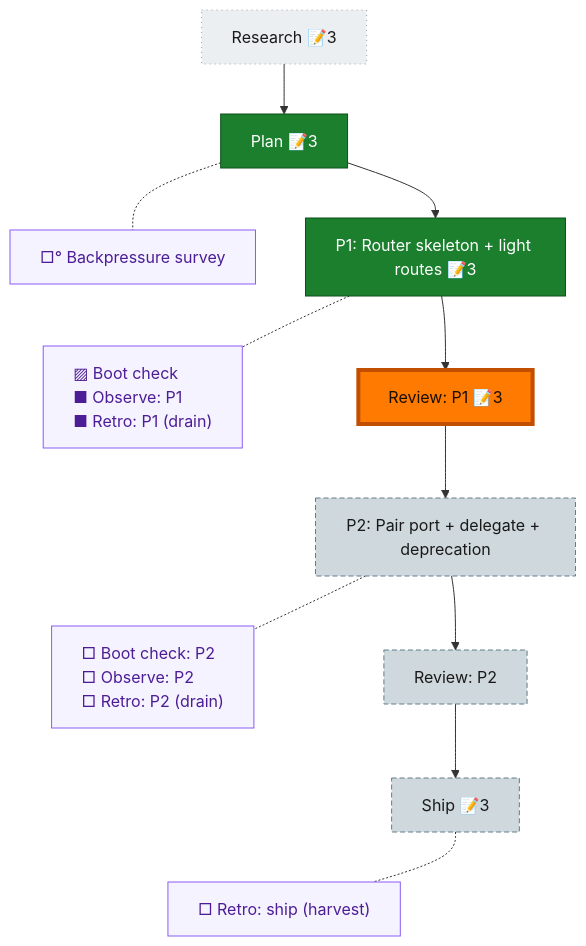
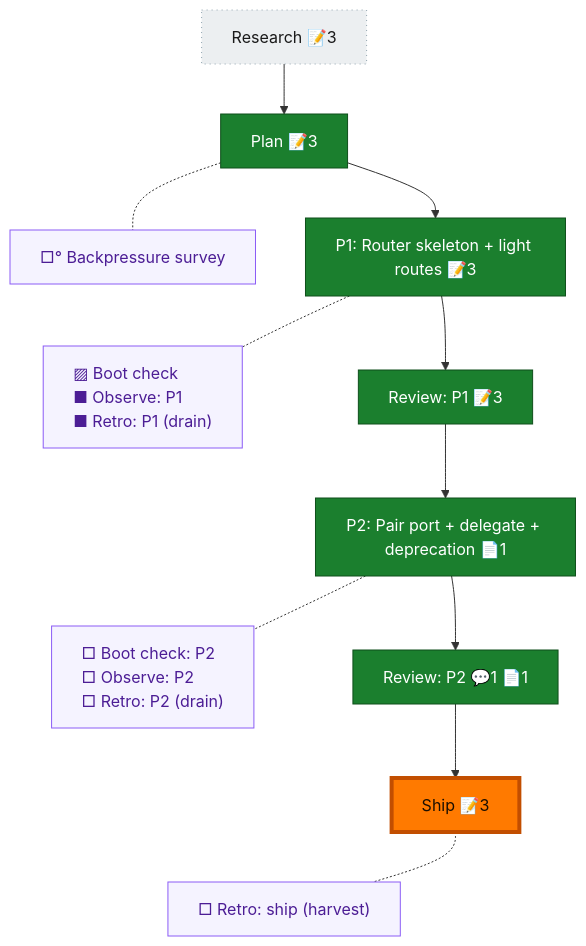
One commit to vaughanknight/pij changed the diagram in docs/plans/030-pij-router-skill/the-flow.md. Above: the diagram before and after it, drawn with Mermaid. The commit also changed other lines of this file and 7 other files, not shown here.

````diff
--- a/docs/plans/030-pij-router-skill/the-flow.md
+++ b/docs/plans/030-pij-router-skill/the-flow.md
@@ -8,33 +8,32 @@
 ```mermaid
 flowchart TD
     research["Research 📝3"]:::unknown
     plan["Plan 📝3"]:::done
     phase_1["P1: Router skeleton + light routes 📝3"]:::done
     review_1["Review: P1 📝3"]:::done
-    phase_2["P2: Pair port + delegate + deprecation"]:::assumed
-    review_2["Review: P2"]:::assumed
-    ship["Ship 📝3"]:::assumed
+    phase_2["P2: Pair port + delegate + deprecation 📄1"]:::done
+    review_2["Review: P2 💬1 📄1"]:::done
+    ship["Ship 📝3"]:::done
 
     research --> plan --> phase_1 --> review_1 --> phase_2 --> review_2 --> ship
 
     planC["□° Backpressure survey"]:::chore
     phase_1C["▨ Boot check<br/>■ Observe: P1<br/>■ Retro: P1 (drain)"]:::chore
     phase_2C["□ Boot check: P2<br/>□ Observe: P2<br/>□ Retro: P2 (drain)"]:::chore
     shipC["□ Retro: ship (harvest)"]:::chore
 
     %% invisible chain holds the gutter boxes in their own column
     planC ~~~ phase_1C ~~~ phase_2C ~~~ shipC
 
     %% dotted links pull each gutter box beside its node
     plan -.- planC
     phase_1 -.- phase_1C
     phase_2 -.- phase_2C
     ship -.- shipC
 
     classDef done fill:#1B7F2E,stroke:#0F4F1B,color:#fff;
-    classDef assumed fill:#CFD8DC,stroke:#607D8B,color:#1a1a1a,stroke-dasharray:5 3;
     classDef unknown fill:#ECEFF1,stroke:#90A4AE,color:#1a1a1a,stroke-dasharray:1 4;
     classDef chore fill:#f5f3ff,stroke:#8b5cf6,color:#4c1d95,text-align:left;
     classDef current fill:#FF7A00,stroke:#C24E00,color:#1a0e00,stroke-width:4px;
-    class review_1 current;
+    class ship current;
 ```
````
